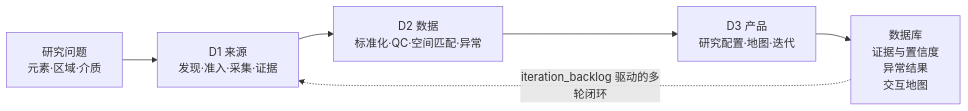
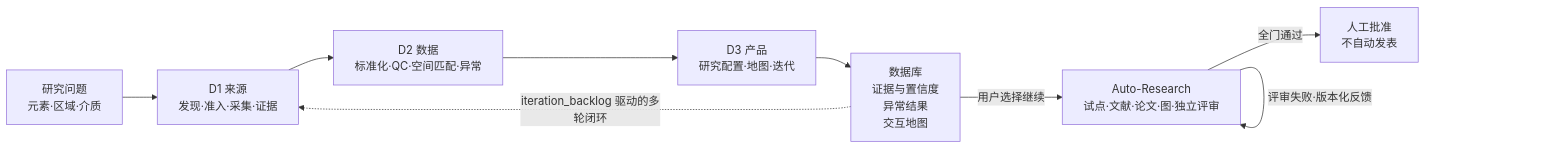
The diagram in README.md (asimfish/global-geochemical-atlas-skill), drawn with Mermaid before and after one commit. The commit also changed other lines of this file and 483 other files, not shown here.

````diff
--- a/README.md
+++ b/README.md
@@ -200,8 +203,11 @@
 ```mermaid
 flowchart LR
     Q[研究问题<br/>元素·区域·介质] --> D1[D1 来源<br/>发现·准入·采集·证据]
     D1 --> D2[D2 数据<br/>标准化·QC·空间匹配·异常]
     D2 --> D3[D3 产品<br/>研究配置·地图·迭代]
     D3 --> O[数据库<br/>证据与置信度<br/>异常结果<br/>交互地图]
     O -. iteration_backlog 驱动的多轮闭环 .-> D1
+    O -->|用户选择继续| AR[Auto-Research<br/>试点·文献·论文·图·独立评审]
+    AR -->|评审失败·版本化反馈| AR
+    AR -->|全门通过| H[人工批准<br/>不自动发表]
 ```
````
